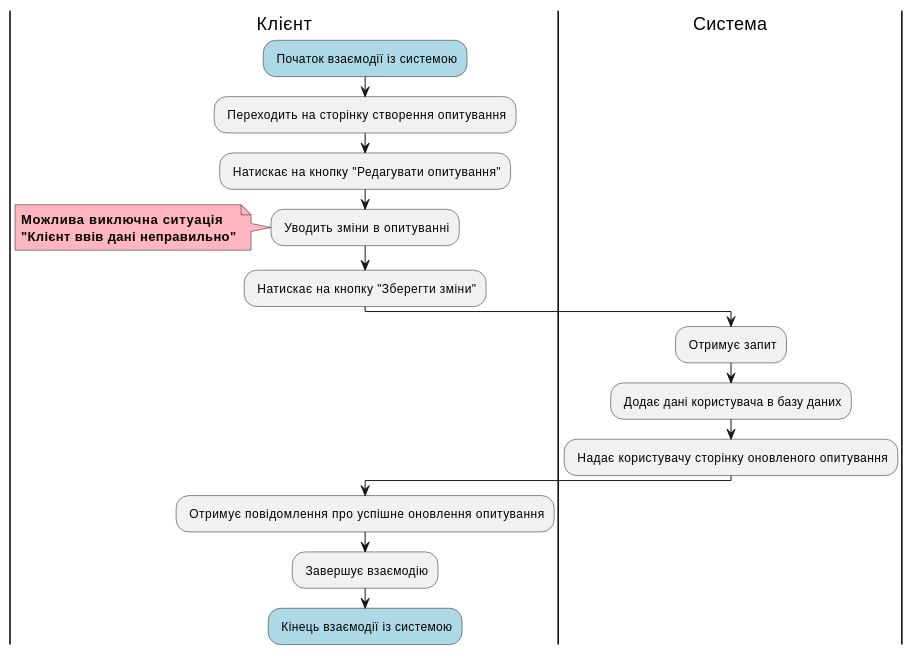
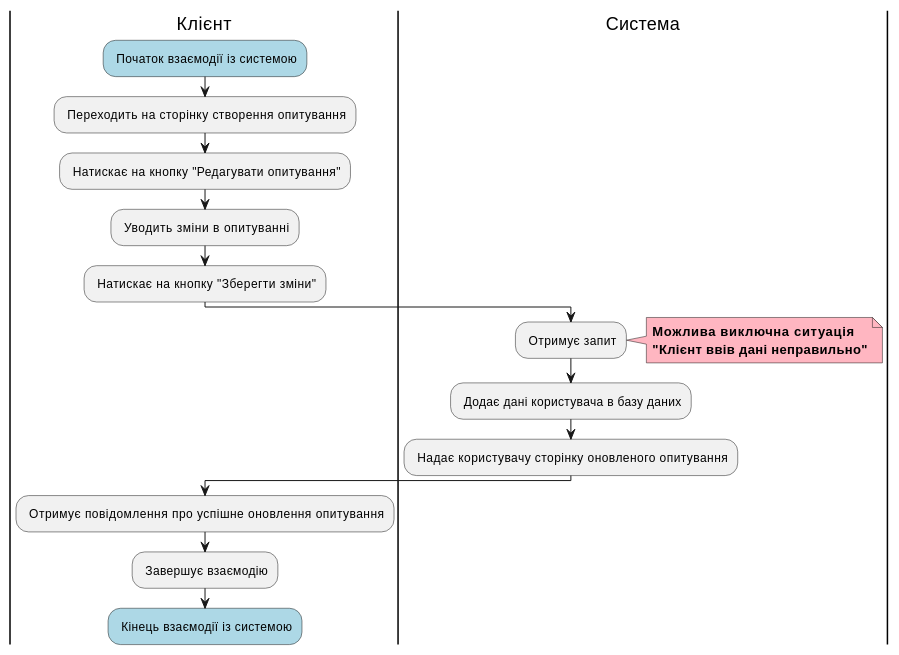
Before and after one commit to kujo205/db_labs: the eighth of 12 diagrams in docs/use cases/README.md, drawn with PlantUML. The commit also changed other lines of this file, not shown here.

```diff
--- a/docs/use cases/README.md
+++ b/docs/use cases/README.md
@@ -331,27 +316,27 @@
 @startuml
 
   |Клієнт|
   #lightblue : Початок взаємодії із системою;
   : Переходить на сторінку створення опитування; 
   : Натискає на кнопку "Редагувати опитування";
   : Уводить зміни в опитуванні;
-
-  note left #lightpink
-    <b>Можлива виключна ситуація</b>
-    <b>"Клієнт ввів дані неправильно"</b>
-  end note
-
   : Натискає на кнопку "Зберегти зміни";
 
 
   |Система|
   : Отримує запит;
+
+  note right #lightpink
+    <b>Можлива виключна ситуація</b>
+    <b>"Клієнт ввів дані неправильно"</b>
+  end note
+
   : Додає дані користувача в базу даних;
   : Надає користувачу сторінку оновленого опитування;
 
   |Клієнт|
   : Отримує повідомлення про успішне оновлення опитування;
   : Завершує взаємодію;
   #lightblue : Кінець взаємодії із системою;
 
 @enduml
```
